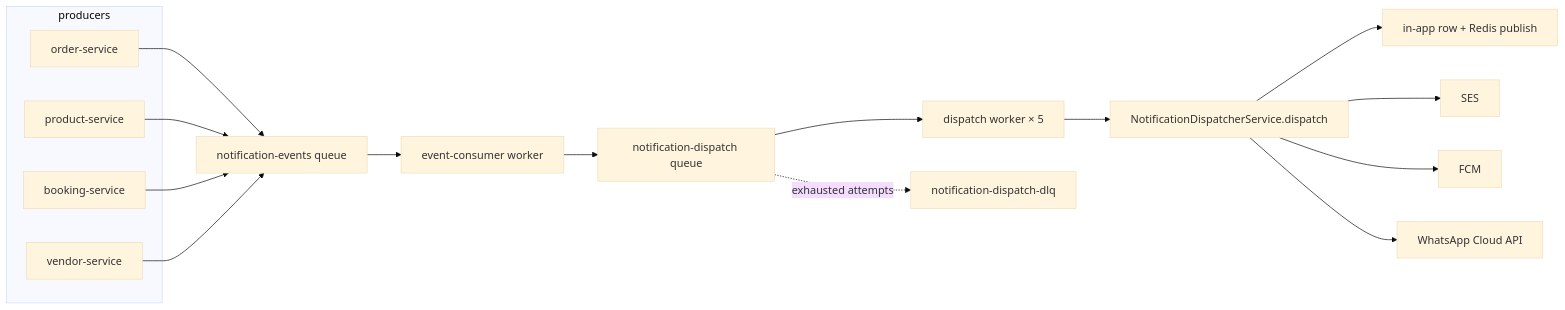
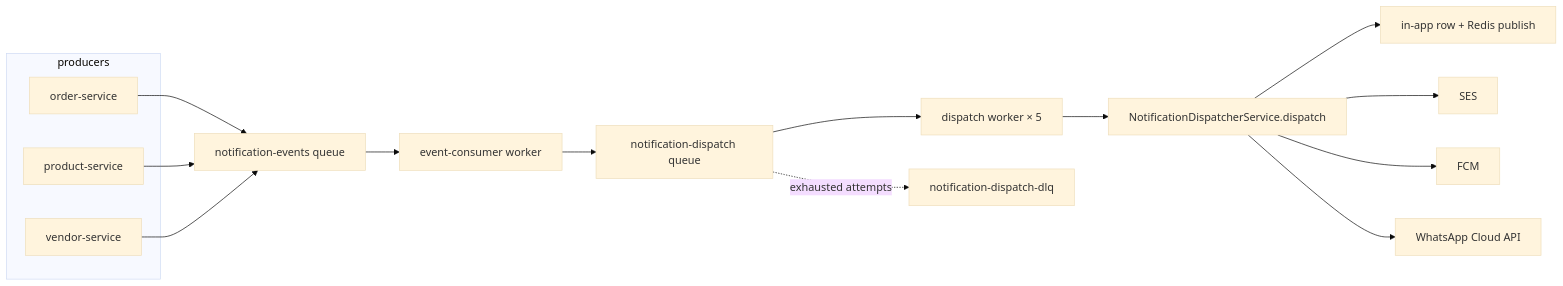
The first of 2 diagrams in docs/backend/15-notification-service.md (ismailfarisi/materialhub), drawn with Mermaid (base theme) before and after one commit. The commit also changed other lines of this file and 107 other files, not shown here.

First line of the commit message:
Prune order-service, finish the schema and update the backend docs

````diff
--- a/docs/backend/15-notification-service.md
+++ b/docs/backend/15-notification-service.md
@@ -35,19 +35,18 @@
 ```mermaid
 flowchart LR
     subgraph producers
       O[order-service]
       P[product-service]
-      B[booking-service]
       V[vendor-service]
     end
-    O & P & B & V --> NE[notification-events queue]
+    O & P & V --> NE[notification-events queue]
     NE --> EC[event-consumer worker]
     EC --> ND[notification-dispatch queue]
     ND --> DW[dispatch worker × 5]
     DW --> DS[NotificationDispatcherService.dispatch]
     DS --> IA[in-app row + Redis publish]
     DS --> EM[SES]
     DS --> PU[FCM]
     DS --> WA[WhatsApp Cloud API]
     ND -. exhausted attempts .-> DLQ[notification-dispatch-dlq]
 ```
````
